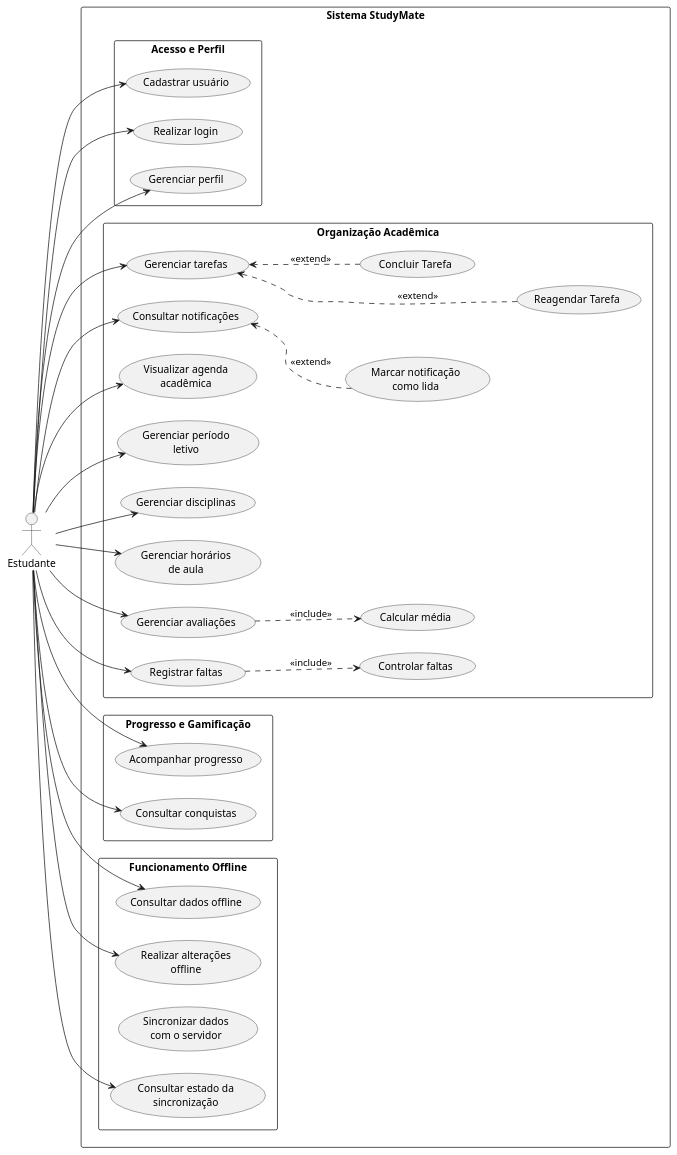
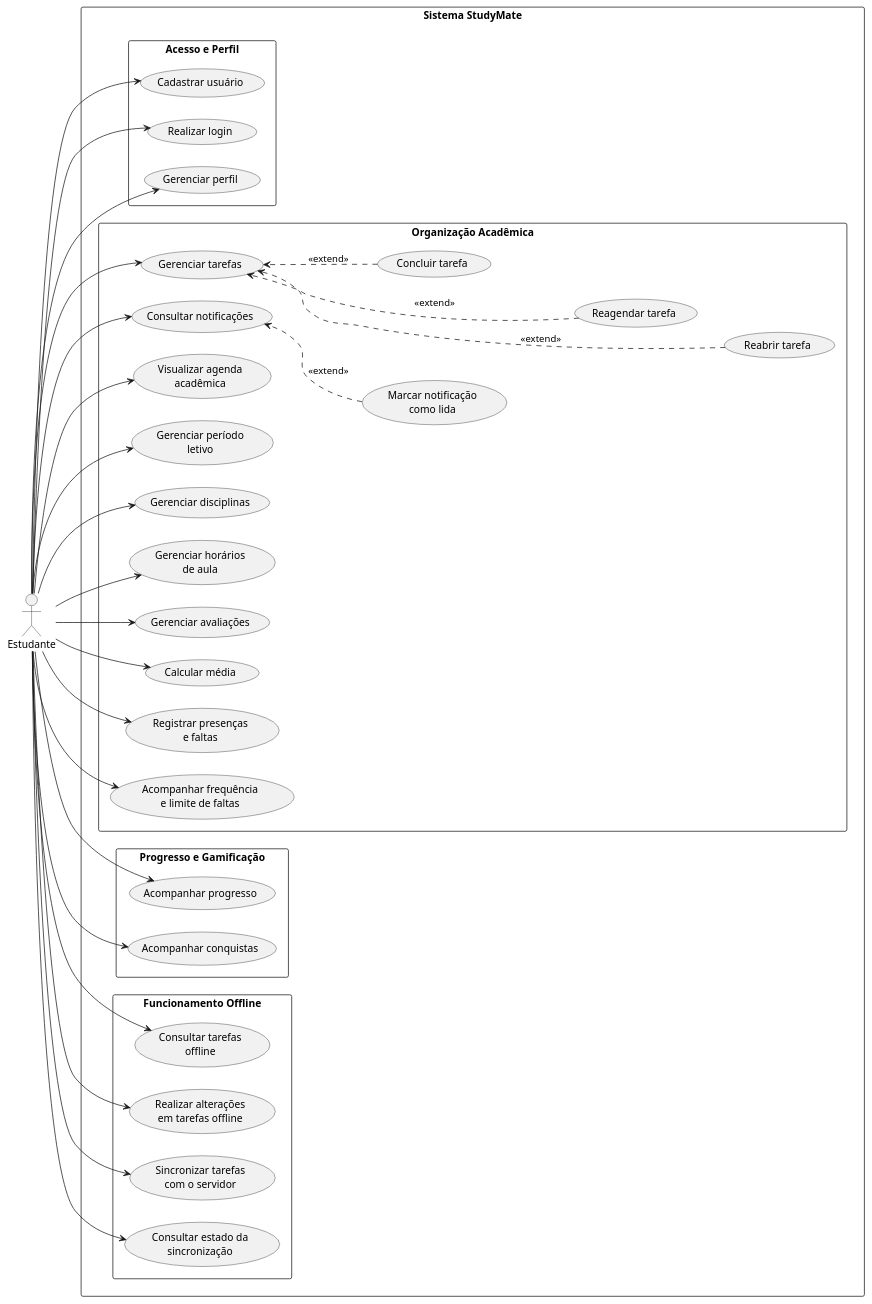
One commit to StudyMate-TG/studymate-app changed the diagram in docs/use_case_diagram.puml. Above: the diagram before and after it, drawn with PlantUML. The commit also changed 25 other files, not shown here.

```diff
--- a/docs/use_case_diagram.puml
+++ b/docs/use_case_diagram.puml
@@ -1,79 +1,83 @@
 @startuml
-
 left to right direction
 
 skinparam linetype spline
 skinparam nodesep 30
 skinparam ranksep 35
 skinparam packageStyle rectangle
 
 actor Estudante
 
 rectangle "Sistema StudyMate" {
 
     rectangle "Acesso e Perfil" {
         usecase "Cadastrar usuário" as UC01
         usecase "Realizar login" as UC02
         usecase "Gerenciar perfil" as UC15
     }
 
     rectangle "Organização Acadêmica" {
         usecase "Visualizar agenda\nacadêmica" as UC03
         usecase "Gerenciar período\nletivo" as UC04
         usecase "Gerenciar disciplinas" as UC05
         usecase "Gerenciar horários\nde aula" as UC06
-        
+
         usecase "Gerenciar tarefas" as UC07
-        usecase "Concluir Tarefa" as UC07A
-        usecase "Reagendar Tarefa" as UC07B
-        
+        usecase "Concluir tarefa" as UC07A
+        usecase "Reagendar tarefa" as UC07B
+        usecase "Reabrir tarefa" as UC07C
+
         usecase "Gerenciar avaliações" as UC08
         usecase "Calcular média" as UC09
-        usecase "Registrar faltas" as UC10
-        usecase "Controlar faltas" as UC11
+
+        usecase "Registrar presenças\ne faltas" as UC10
+        usecase "Acompanhar frequência\ne limite de faltas" as UC11
+
         usecase "Consultar notificações" as UC12
         usecase "Marcar notificação\ncomo lida" as UC12A
     }
 
     rectangle "Progresso e Gamificação" {
         usecase "Acompanhar progresso" as UC13
-        usecase "Consultar conquistas" as UC14
+        usecase "Acompanhar conquistas" as UC14
     }
 
     rectangle "Funcionamento Offline" {
-        usecase "Consultar dados offline" as UC16
-        usecase "Realizar alterações\noffline" as UC17
-        usecase "Sincronizar dados\ncom o servidor" as UC18
+        usecase "Consultar tarefas\noffline" as UC16
+        usecase "Realizar alterações\nem tarefas offline" as UC17
+        usecase "Sincronizar tarefas\ncom o servidor" as UC18
         usecase "Consultar estado da\nsincronização" as UC19
     }
-    
+
     UC07 -[hidden]right-> UC07A
     UC07A -[hidden]down-> UC07B
+    UC07B -[hidden]down-> UC07C
     UC12 -[hidden]right-> UC12A
 }
 
 Estudante --> UC01
 Estudante --> UC02
 Estudante --> UC03
 Estudante --> UC04
 Estudante --> UC05
 Estudante --> UC06
 Estudante --> UC07
 Estudante --> UC08
+Estudante --> UC09
 Estudante --> UC10
+Estudante --> UC11
 Estudante --> UC12
 Estudante --> UC13
 Estudante --> UC14
 Estudante --> UC15
 Estudante --> UC16
 Estudante --> UC17
+Estudante --> UC18
 Estudante --> UC19
 
 UC07A ..> UC07 : <<extend>>
 UC07B ..> UC07 : <<extend>>
-UC08 ..> UC09 : <<include>>
-UC10 ..> UC11 : <<include>>
-
+UC07C ..> UC07 : <<extend>>
 UC12A ..> UC12 : <<extend>>
 
 @enduml
```
